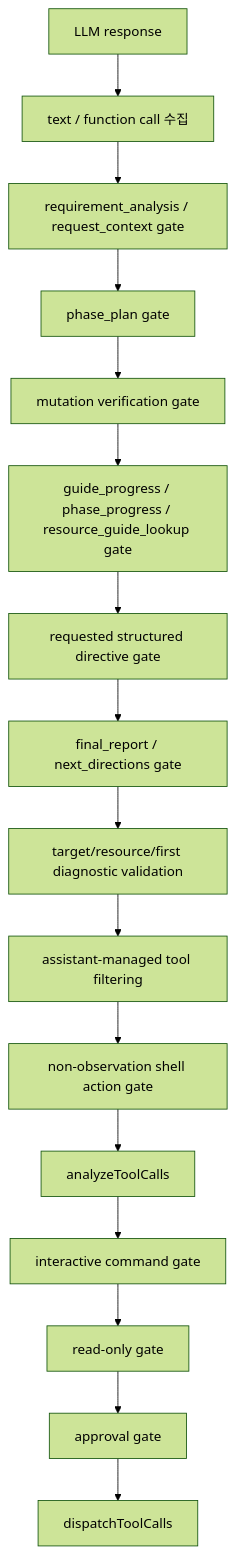
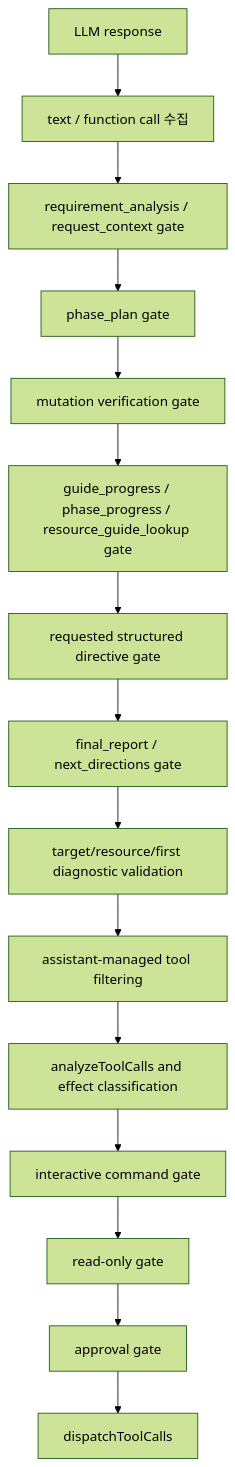
One commit to namgon-kim/kinx-k8s-assistant changed the first of 2 diagrams in docs/drafts/react_gate_outcome_design.md. Above: the diagram before and after it, drawn with Mermaid (forest theme). The commit also changed other lines of this file and 100 other files, not shown here.

````diff
--- a/docs/drafts/react_gate_outcome_design.md
+++ b/docs/drafts/react_gate_outcome_design.md
@@ -432,18 +435,17 @@
 ```mermaid
 flowchart TD
   A["LLM response"] --> B["text / function call 수집"]
   B --> C["requirement_analysis / request_context gate"]
   C --> D["phase_plan gate"]
   D --> E["mutation verification gate"]
   E --> F["guide_progress / phase_progress / resource_guide_lookup gate"]
   F --> G["requested structured directive gate"]
   G --> H["final_report / next_directions gate"]
   H --> I["target/resource/first diagnostic validation"]
   I --> J["assistant-managed tool filtering"]
-  J --> K["non-observation shell action gate"]
-  K --> L["analyzeToolCalls"]
+  J --> L["analyzeToolCalls and effect classification"]
   L --> M["interactive command gate"]
   M --> N["read-only gate"]
   N --> O["approval gate"]
   O --> P["dispatchToolCalls"]
 ```
````
